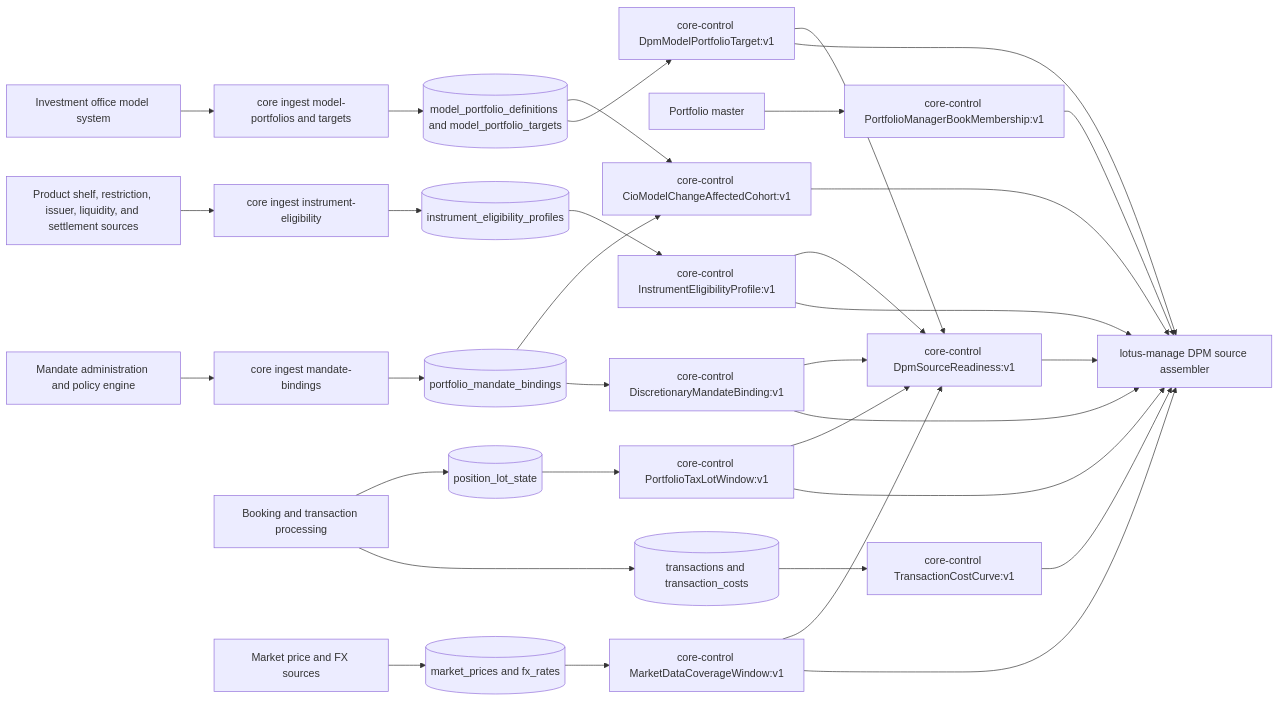
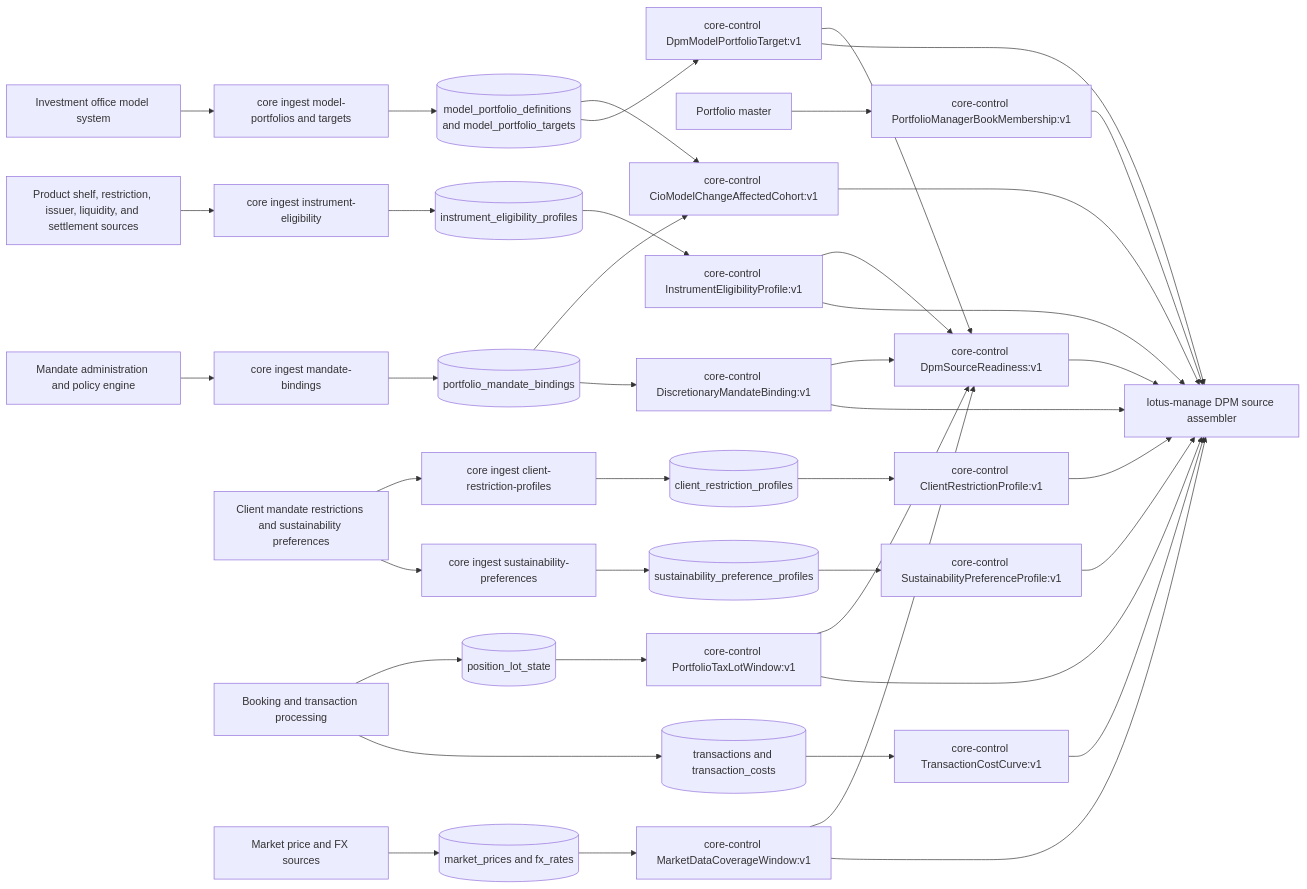
The first of 2 diagrams in wiki/Mesh-Data-Products.md (sgajbi/lotus-core), drawn with Mermaid before and after one commit. The commit also changed other lines of this file and 31 other files, not shown here.

First line of the commit message:
feat: add DPM restriction and sustainability source products (#342)

````diff
--- a/wiki/Mesh-Data-Products.md
+++ b/wiki/Mesh-Data-Products.md
@@ -42,35 +44,43 @@
 ```mermaid
 flowchart LR
     Upstream[Investment office model system] --> Ingest[core ingest model-portfolios and targets]
     Mandate[Mandate administration and policy engine] --> BindIngest[core ingest mandate-bindings]
     Eligibility[Product shelf, restriction, issuer, liquidity, and settlement sources] --> EligibilityIngest[core ingest instrument-eligibility]
+    ClientPolicy[Client mandate restrictions and sustainability preferences] --> RestrictionIngest[core ingest client-restriction-profiles]
+    ClientPolicy --> SustainabilityIngest[core ingest sustainability-preferences]
     Booking[Booking and transaction processing] --> LotState[(position_lot_state)]
     Booking --> Transactions[(transactions and transaction_costs)]
     Market[Market price and FX sources] --> MarketStore[(market_prices and fx_rates)]
     PortfolioMaster[Portfolio master] --> BookAPI[core-control PortfolioManagerBookMembership:v1]
     Store --> CioCohort[core-control CioModelChangeAffectedCohort:v1]
     BindingStore --> CioCohort
     Ingest --> Store[(model_portfolio_definitions and model_portfolio_targets)]
     BindIngest --> BindingStore[(portfolio_mandate_bindings)]
     EligibilityIngest --> EligibilityStore[(instrument_eligibility_profiles)]
+    RestrictionIngest --> RestrictionStore[(client_restriction_profiles)]
+    SustainabilityIngest --> SustainabilityStore[(sustainability_preference_profiles)]
     Store --> API[core-control DpmModelPortfolioTarget:v1]
     BindingStore --> BindingAPI[core-control DiscretionaryMandateBinding:v1]
     EligibilityStore --> EligibilityAPI[core-control InstrumentEligibilityProfile:v1]
+    RestrictionStore --> RestrictionAPI[core-control ClientRestrictionProfile:v1]
+    SustainabilityStore --> SustainabilityAPI[core-control SustainabilityPreferenceProfile:v1]
     LotState --> TaxLotAPI[core-control PortfolioTaxLotWindow:v1]
     Transactions --> CostCurveAPI[core-control TransactionCostCurve:v1]
     MarketStore --> MarketAPI[core-control MarketDataCoverageWindow:v1]
     BookAPI --> Manage
     API --> Readiness[core-control DpmSourceReadiness:v1]
     BindingAPI --> Readiness
     EligibilityAPI --> Readiness
     TaxLotAPI --> Readiness
     MarketAPI --> Readiness
     API --> Manage[lotus-manage DPM source assembler]
     BindingAPI --> Manage
     EligibilityAPI --> Manage
     TaxLotAPI --> Manage
     CostCurveAPI --> Manage
+    RestrictionAPI --> Manage
+    SustainabilityAPI --> Manage
     MarketAPI --> Manage
     Readiness --> Manage
     CioCohort --> Manage
 ```
````
